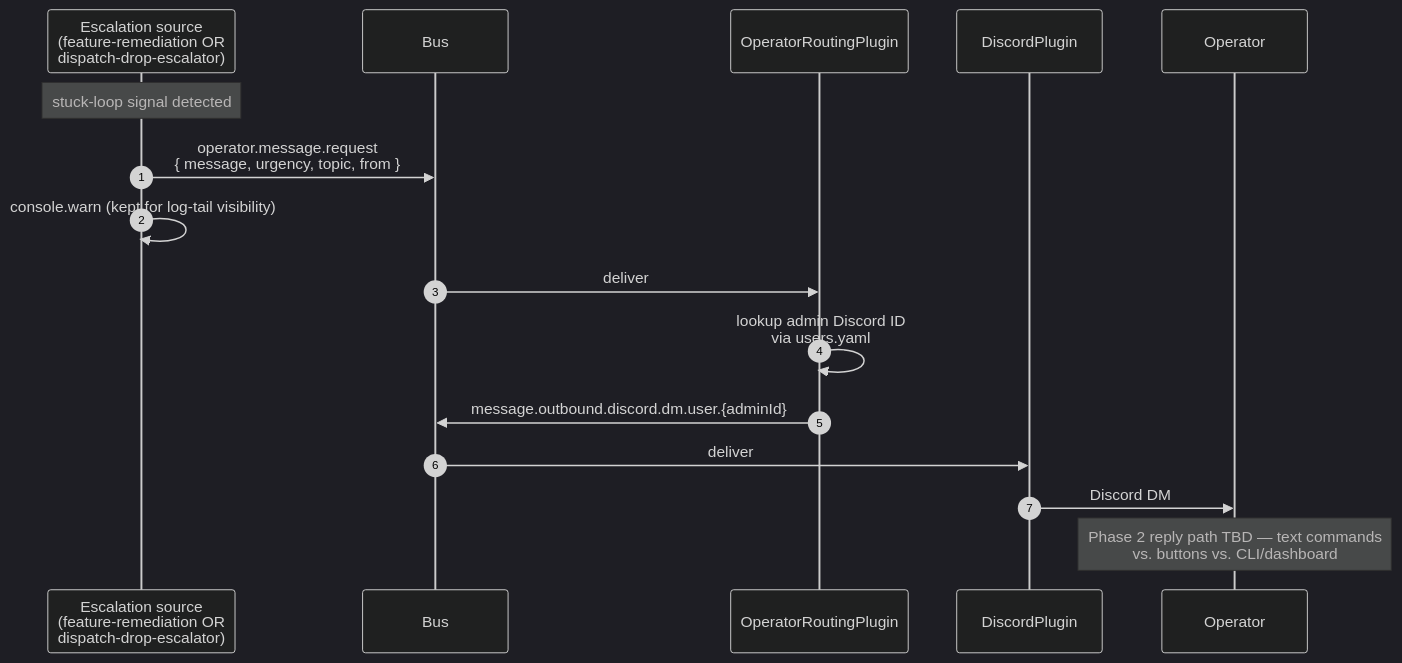
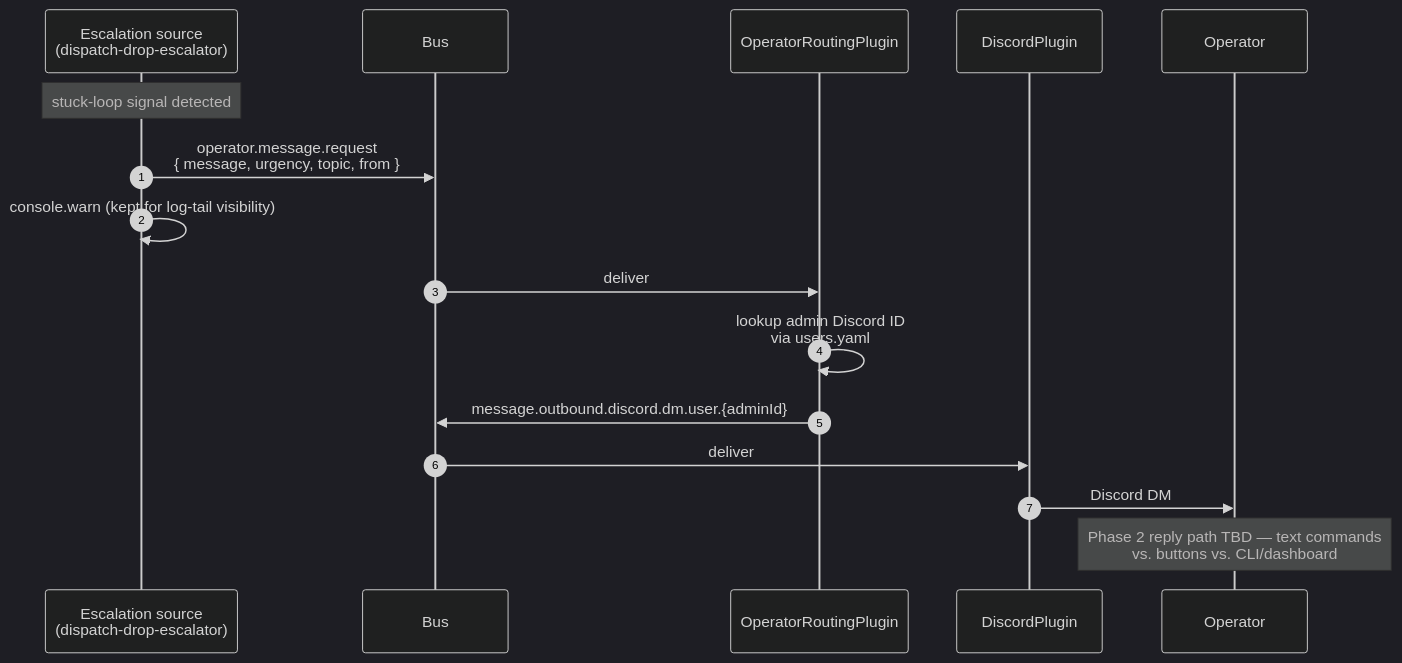
One commit to protoLabsAI/protoWorkstacean changed the diagram in docs/architecture/flow-hitl.md. Above: the diagram before and after it, drawn with Mermaid (dark theme). The commit also changed other lines of this file and 91 other files, not shown here.

````diff
--- a/docs/architecture/flow-hitl.md
+++ b/docs/architecture/flow-hitl.md
@@ -68,19 +64,19 @@
 ```mermaid
 sequenceDiagram
     autonumber
-    participant Source as Escalation source<br/>(feature-remediation OR<br/>dispatch-drop-escalator)
+    participant Source as Escalation source<br/>(dispatch-drop-escalator)
     participant Bus as Bus
     participant OR as OperatorRoutingPlugin
     participant DP as DiscordPlugin
     participant OP as Operator
 
     Note over Source: stuck-loop signal detected
     Source->>Bus: operator.message.request<br/>{ message, urgency, topic, from }
     Source->>Source: console.warn (kept for log-tail visibility)
     Bus->>OR: deliver
     OR->>OR: lookup admin Discord ID<br/>via users.yaml
     OR->>Bus: message.outbound.discord.dm.user.{adminId}
     Bus->>DP: deliver
     DP->>OP: Discord DM
     Note over OP: Phase 2 reply path TBD — text commands<br/>vs. buttons vs. CLI/dashboard
 ```
````
